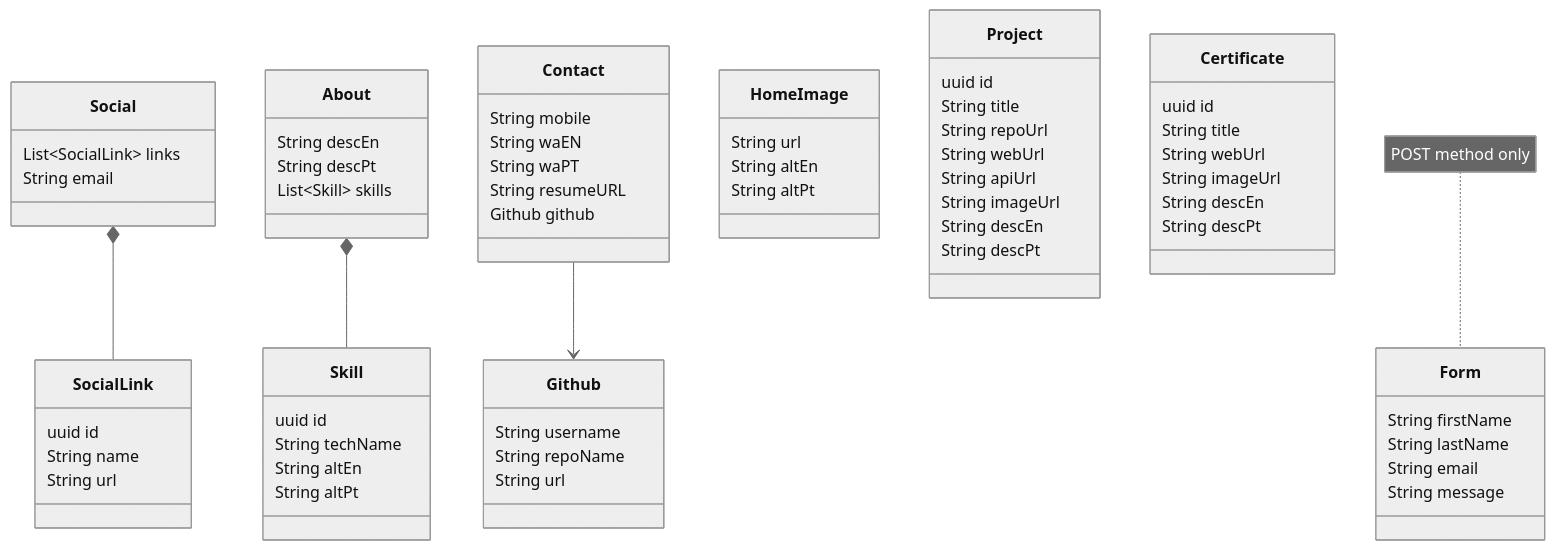
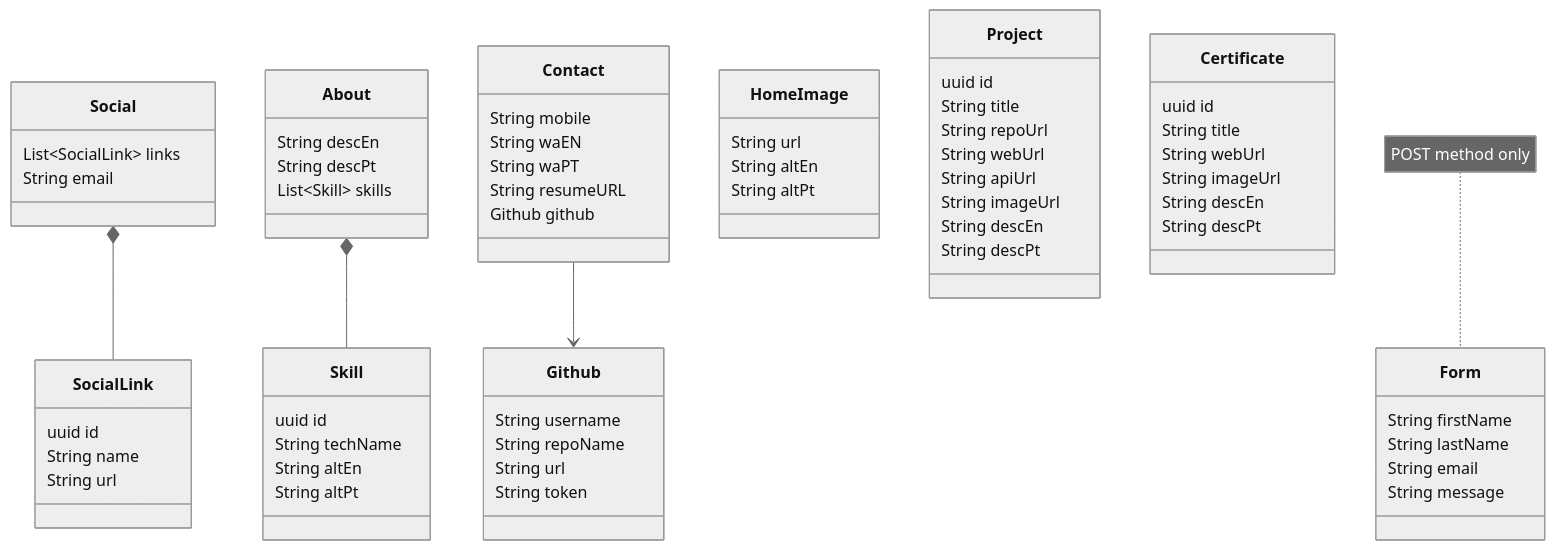
Before and after one commit to wesleybritovlk/portfolio: the diagram in README.md, drawn with Mermaid (neutral theme). The commit also changed other lines of this file and 14 other files, not shown here.

````diff
--- a/README.md
+++ b/README.md
@@ -89,69 +93,70 @@
 ```mermaid
 classDiagram
     Social *-- SocialLink
     About *-- Skill
     Contact --> Github
     class HomeImage {
         String url
         String altEn
         String altPt
     }
     class Social {
         List~SocialLink~ links
         String email
     }
     class SocialLink {
         uuid id
         String name
         String url
     }
     class About {
         String descEn
         String descPt
         List~Skill~ skills
     }
     class Skill {
         uuid id
         String techName
         String altEn
         String altPt
     }
     class Project {
         uuid id
         String title
         String repoUrl
         String webUrl
         String apiUrl
         String imageUrl
         String descEn
         String descPt
     }
     class Certificate {
         uuid id
         String title
         String webUrl
         String imageUrl
         String descEn
         String descPt
     }
     class Contact {
         String mobile
         String waEN
         String waPT
         String resumeURL
         Github github
     }
     class Github {
         String username
         String repoName
         String url
+        String token
     }
 
     note for Form "POST method only"
     class Form {
         String firstName
         String lastName
         String email
         String message
     }
 ```
````
